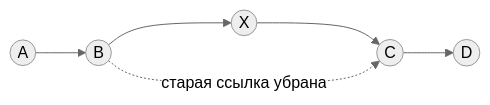
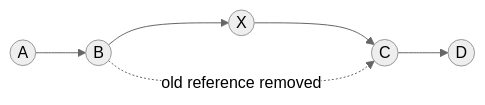
One commit to aidarkazybekov/java-foundations changed the diagram in docs/concepts/arraylist-vs-linkedlist.md. Above: the diagram before and after it, drawn with Mermaid (neutral theme). The commit also changed other lines of this file and 24 other files, not shown here.

````diff
--- a/docs/concepts/arraylist-vs-linkedlist.md
+++ b/docs/concepts/arraylist-vs-linkedlist.md
@@ -65,8 +65,8 @@
 ```mermaid
 graph LR
   A((A)) --> B((B))
   B --> X((X))
   X --> C((C))
   C --> D((D))
-  B -.->|"старая ссылка убрана"| C
+  B -.->|"old reference removed"| C
 ```
````
